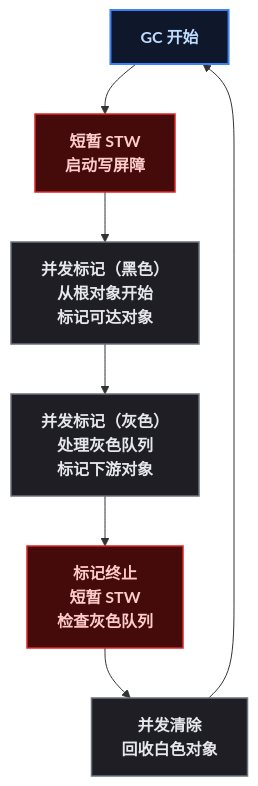
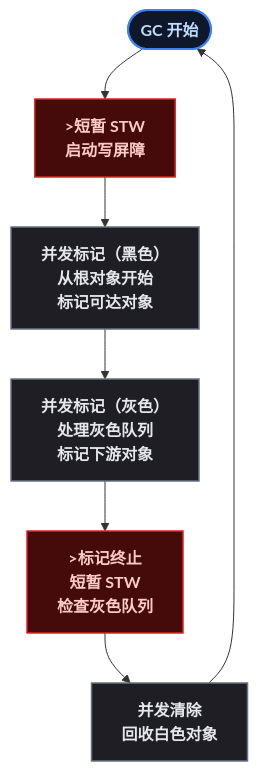
One commit to yaocat55/yaocat55.github.io changed the fifth of 8 diagrams in content/posts/go/GoRuntimeJVM.md. Above: the diagram before and after it, drawn with Mermaid. The commit also changed other lines of this file and 14 other files, not shown here.

````diff
--- a/content/posts/go/GoRuntimeJVM.md
+++ b/content/posts/go/GoRuntimeJVM.md
@@ -196,17 +196,17 @@
 ```mermaid
 flowchart TD
-    Start["GC 开始"] --> STW1["短暂 STW\n启动写屏障"]
+    Start(["GC 开始"]) --> STW1[">短暂 STW\n启动写屏障"]
     STW1 --> Mark1["并发标记（黑色）\n从根对象开始\n标记可达对象"]
     Mark1 --> Mark2["并发标记（灰色）\n处理灰色队列\n标记下游对象"]
-    Mark2 --> Term["标记终止\n短暂 STW\n检查灰色队列"]
+    Mark2 --> Term[">标记终止\n短暂 STW\n检查灰色队列"]
     Term --> Sweep["并发清除\n回收白色对象"]
     Sweep --> Start
 
 classDef root fill:#0f172a,stroke:#3b82f6,stroke-width:2px,color:#bfdbfe,font-weight:bold;
 classDef process fill:#1e1e24,stroke:#6b7280,stroke-width:1.5px,color:#e5e7eb;
 classDef stw fill:#450a0a,stroke:#dc2626,stroke-width:1.5px,color:#fecaca,font-weight:bold;
 
     class Start root
     class Mark1,Mark2,Sweep process
     class STW1,Term stw
 ```
````
